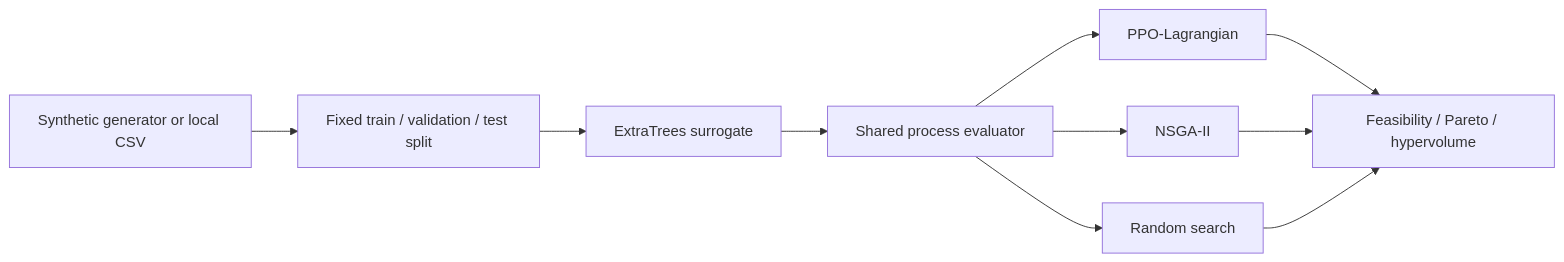
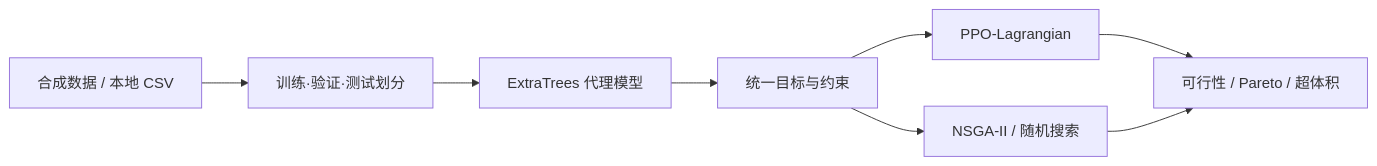
The diagram in README.md (s1encisi/electrowinning-rl), drawn with Mermaid before and after one commit. The commit also changed other lines of this file, not shown here.

Commit message:
docs: clarify optimization workflow and keep interview notes local

````diff
--- a/README.md
+++ b/README.md
@@ -28,12 +14,10 @@
 ```mermaid
 flowchart LR
-    D[Synthetic generator or local CSV] --> S[Fixed train / validation / test split]
-    S --> M[ExtraTrees surrogate]
-    M --> P[Shared process evaluator]
-    P --> R[PPO-Lagrangian]
-    P --> N[NSGA-II]
-    P --> B[Random search]
-    R --> E[Feasibility / Pareto / hypervolume]
-    N --> E
-    B --> E
+  D[合成数据 / 本地 CSV] --> S[训练·验证·测试划分]
+  S --> M[ExtraTrees 代理模型]
+  M --> P[统一目标与约束]
+  P --> R[PPO-Lagrangian]
+  P --> N[NSGA-II / 随机搜索]
+  R --> E[可行性 / Pareto / 超体积]
+  N --> E
 ```
````
